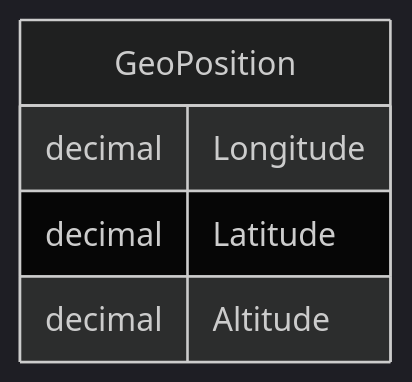
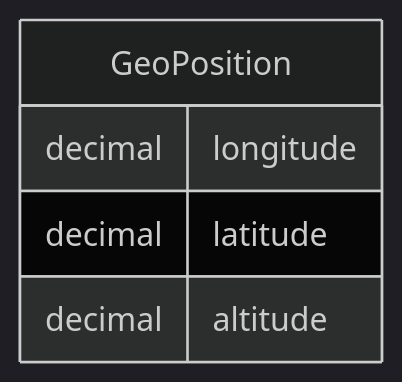
The diagram in docs/GeoPosition.md (cdisc-org/DataExchange-ODM-LinkML), drawn with Mermaid (dark theme) before and after one commit. The commit also changed other lines of this file and 759 other files, not shown here.

````diff
--- a/docs/GeoPosition.md
+++ b/docs/GeoPosition.md
@@ -11,11 +11,11 @@
 ```mermaid
 erDiagram
 GeoPosition {
-    decimal Longitude  
-    decimal Latitude  
-    decimal Altitude  
+    decimal longitude  
+    decimal latitude  
+    decimal altitude  
 }
 
 
 
 ```
````
